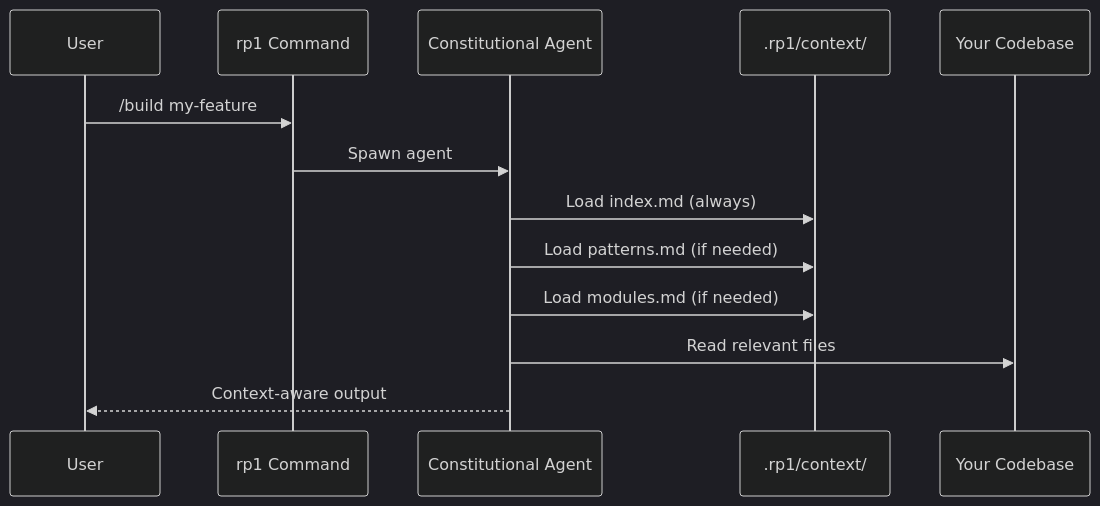
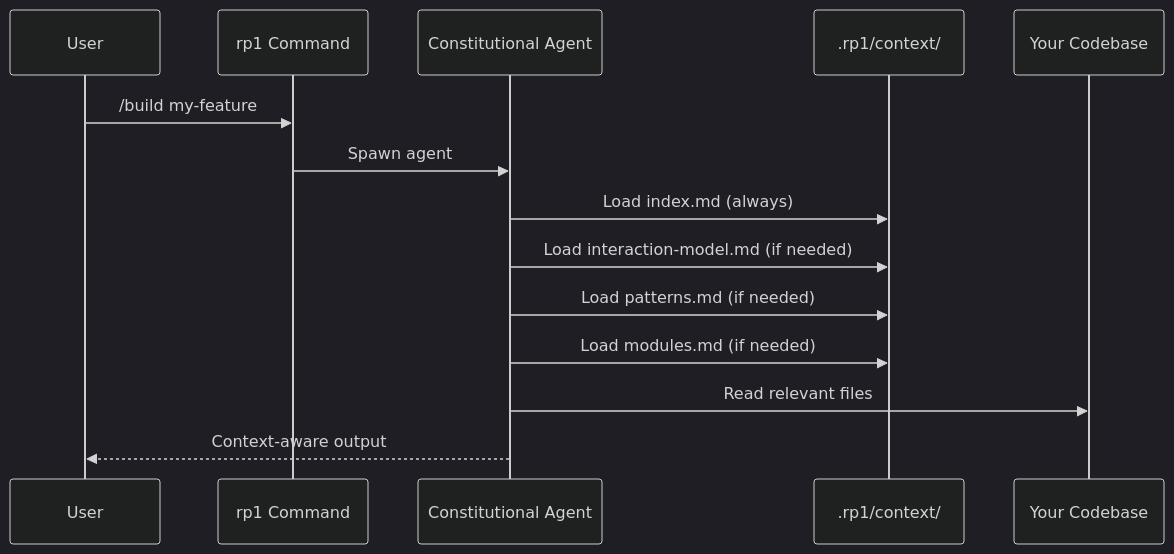
One commit to rp1-run/rp1 changed the second of 2 diagrams in docs/concepts/knowledge-aware-agents.md. Above: the diagram before and after it, drawn with Mermaid (dark theme). The commit also changed other lines of this file and 22 other files, not shown here.

Commit message:
Add interaction model KB section

````diff
--- a/docs/concepts/knowledge-aware-agents.md
+++ b/docs/concepts/knowledge-aware-agents.md
@@ -58,16 +58,17 @@
 ```mermaid
 sequenceDiagram
     participant User
     participant Cmd as rp1 Command
     participant Agent as Constitutional Agent
     participant KB as .rp1/context/
     participant Code as Your Codebase
 
     User->>Cmd: /build my-feature
     Cmd->>Agent: Spawn agent
     Agent->>KB: Load index.md (always)
+    Agent->>KB: Load interaction-model.md (if needed)
     Agent->>KB: Load patterns.md (if needed)
     Agent->>KB: Load modules.md (if needed)
     Agent->>Code: Read relevant files
     Agent-->>User: Context-aware output
 ```
````
